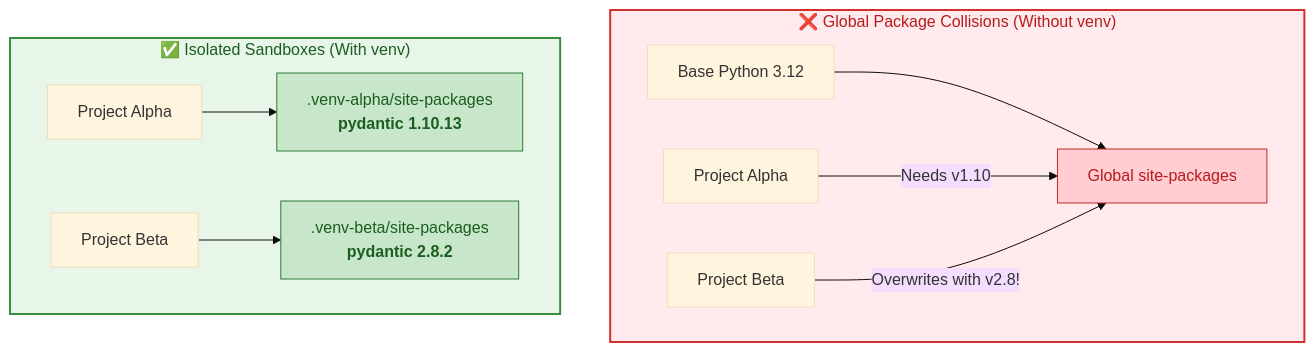
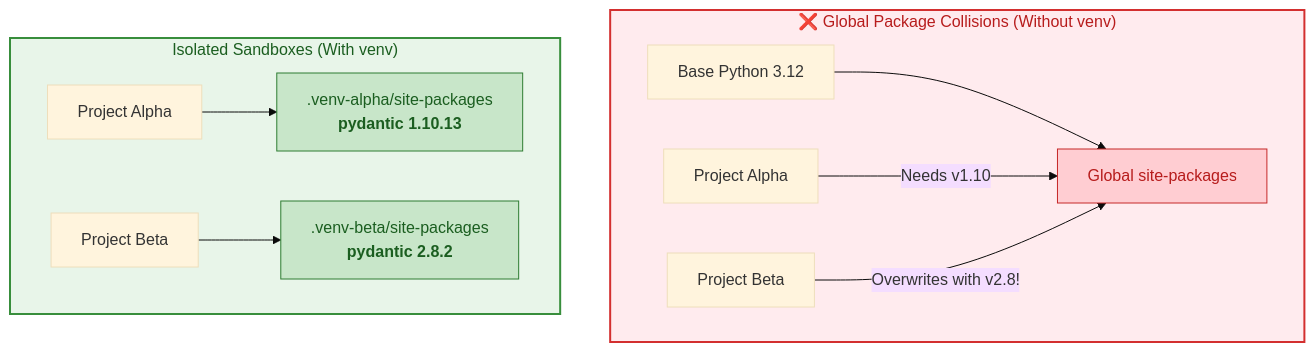
One commit to githubchecker/personal changed the second of 2 diagrams in notes/NotionExport/AI/AI-Learinig-Path/Phase 0 - Foundations/Phase 0.1 - Python/01 How Python Runs and Setup.md. Above: the diagram before and after it, drawn with Mermaid (base theme). The commit also changed other lines of this file and 24 other files, not shown here.

````diff
--- a/notes/NotionExport/AI/AI-Learinig-Path/Phase 0 - Foundations/Phase 0.1 - Python/01 How Python Runs and Setup.md
+++ b/notes/NotionExport/AI/AI-Learinig-Path/Phase 0 - Foundations/Phase 0.1 - Python/01 How Python Runs and Setup.md
@@ -198,19 +206,19 @@
 ```mermaid
 flowchart TD
     subgraph Fragile ["❌ Global Package Collisions (Without venv)"]
         G_PY["Base Python 3.12"] --> G_SITE["Global site-packages"]
         PA1["Project Alpha"] -->|Needs v1.10| G_SITE
         PB1["Project Beta"] -->|Overwrites with v2.8!| G_SITE
     end
 
-    subgraph Robust ["✅ Isolated Sandboxes (With venv)"]
+    subgraph Robust ["Isolated Sandboxes (With venv)"]
         PA2["Project Alpha"] --> VENV_A[".venv-alpha/site-packages<br/><b>pydantic 1.10.13</b>"]
         PB2["Project Beta"] --> VENV_B[".venv-beta/site-packages<br/><b>pydantic 2.8.2</b>"]
     end
 
     style Fragile fill:#FFEBEE,stroke:#D32F2F,stroke-width:2px,color:#B71C1C
     style Robust fill:#E8F5E9,stroke:#388E3C,stroke-width:2px,color:#1B5E20
     style G_SITE fill:#FFCDD2,stroke:#C62828,color:#B71C1C
     style VENV_A fill:#C8E6C9,stroke:#2E7D32,color:#1B5E20
     style VENV_B fill:#C8E6C9,stroke:#2E7D32,color:#1B5E20
 ```
````
